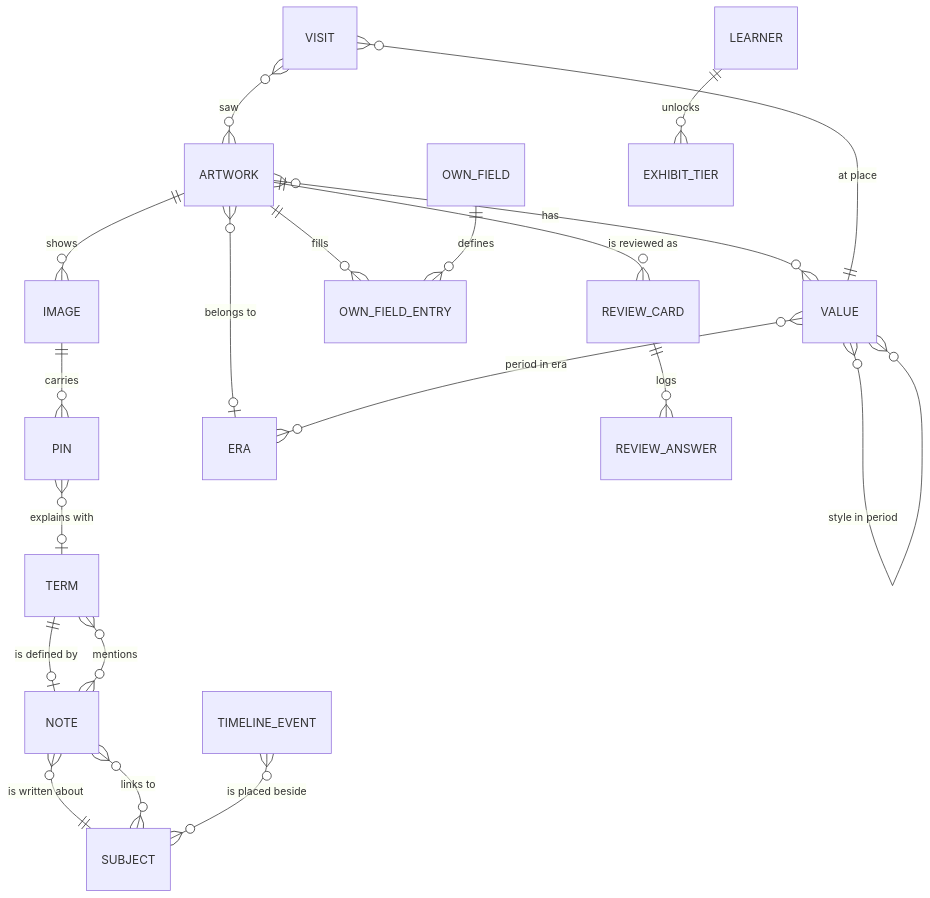
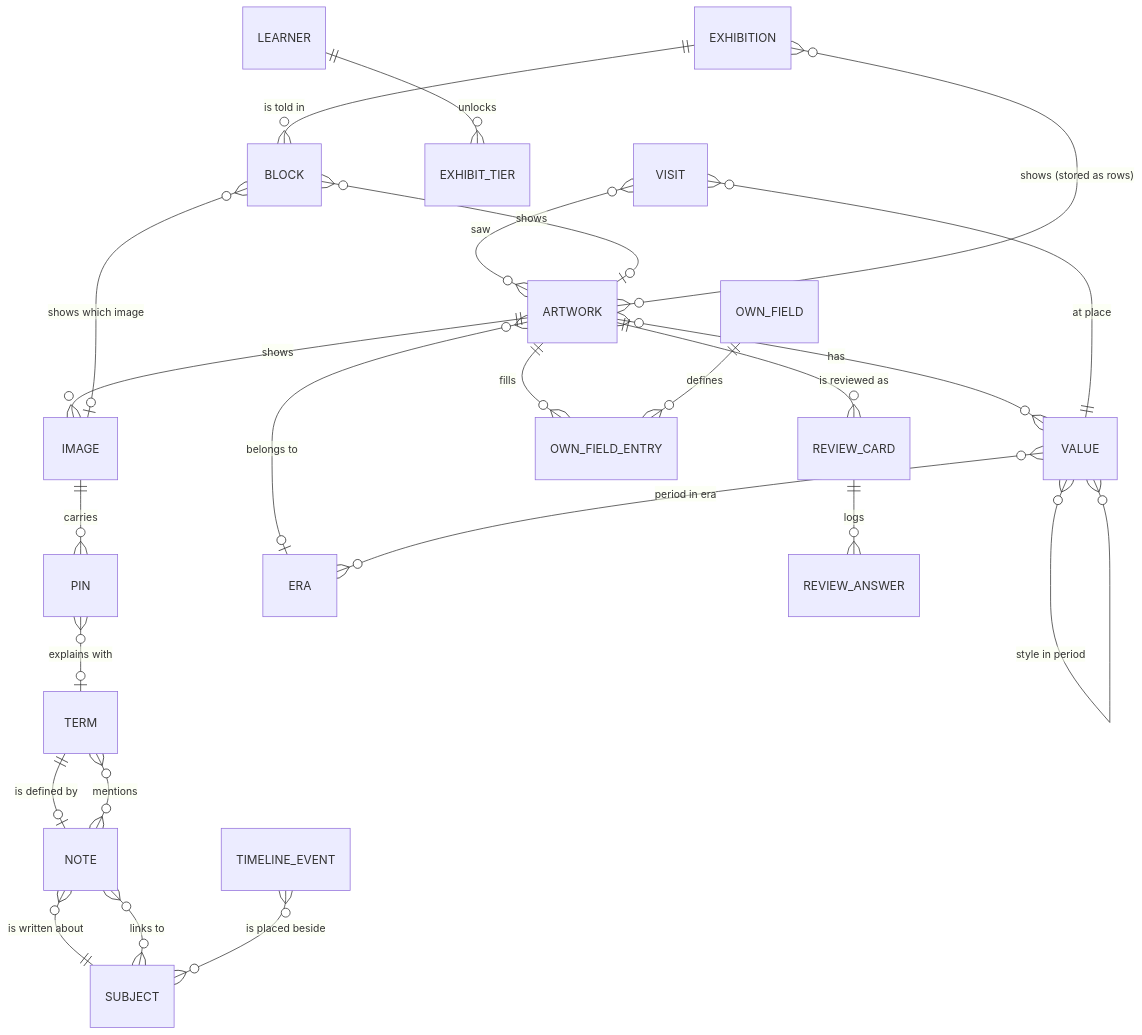
The diagram in docs/data-model/conceptual.md (kamil-nawrot/study-atelier), drawn with Mermaid before and after one commit. The commit also changed other lines of this file and 9 other files, not shown here.

````diff
--- a/docs/data-model/conceptual.md
+++ b/docs/data-model/conceptual.md
@@ -5,22 +5,26 @@
 ```mermaid
 erDiagram
   ARTWORK ||--o{ IMAGE : "shows"
   IMAGE ||--o{ PIN : "carries"
   PIN }o--o| TERM : "explains with"
   ARTWORK }o--o{ VALUE : "has"
   ARTWORK }o--o| ERA : "belongs to"
   VALUE }o--o{ ERA : "period in era"
   VALUE }o--o{ VALUE : "style in period"
   ARTWORK ||--o{ OWN_FIELD_ENTRY : "fills"
   OWN_FIELD ||--o{ OWN_FIELD_ENTRY : "defines"
   VISIT }o--|| VALUE : "at place"
   VISIT }o--o{ ARTWORK : "saw"
   NOTE }o--|| SUBJECT : "is written about"
   NOTE }o--o{ SUBJECT : "links to"
   NOTE }o--o{ TERM : "mentions"
   TERM ||--o| NOTE : "is defined by"
   ARTWORK ||--o{ REVIEW_CARD : "is reviewed as"
   REVIEW_CARD ||--o{ REVIEW_ANSWER : "logs"
   LEARNER ||--o{ EXHIBIT_TIER : "unlocks"
   TIMELINE_EVENT }o--o{ SUBJECT : "is placed beside"
+  EXHIBITION ||--o{ BLOCK : "is told in"
+  BLOCK }o--o| ARTWORK : "shows"
+  BLOCK }o--o| IMAGE : "shows which image"
+  EXHIBITION }o--o{ ARTWORK : "shows (stored as rows)"
 ```
````
